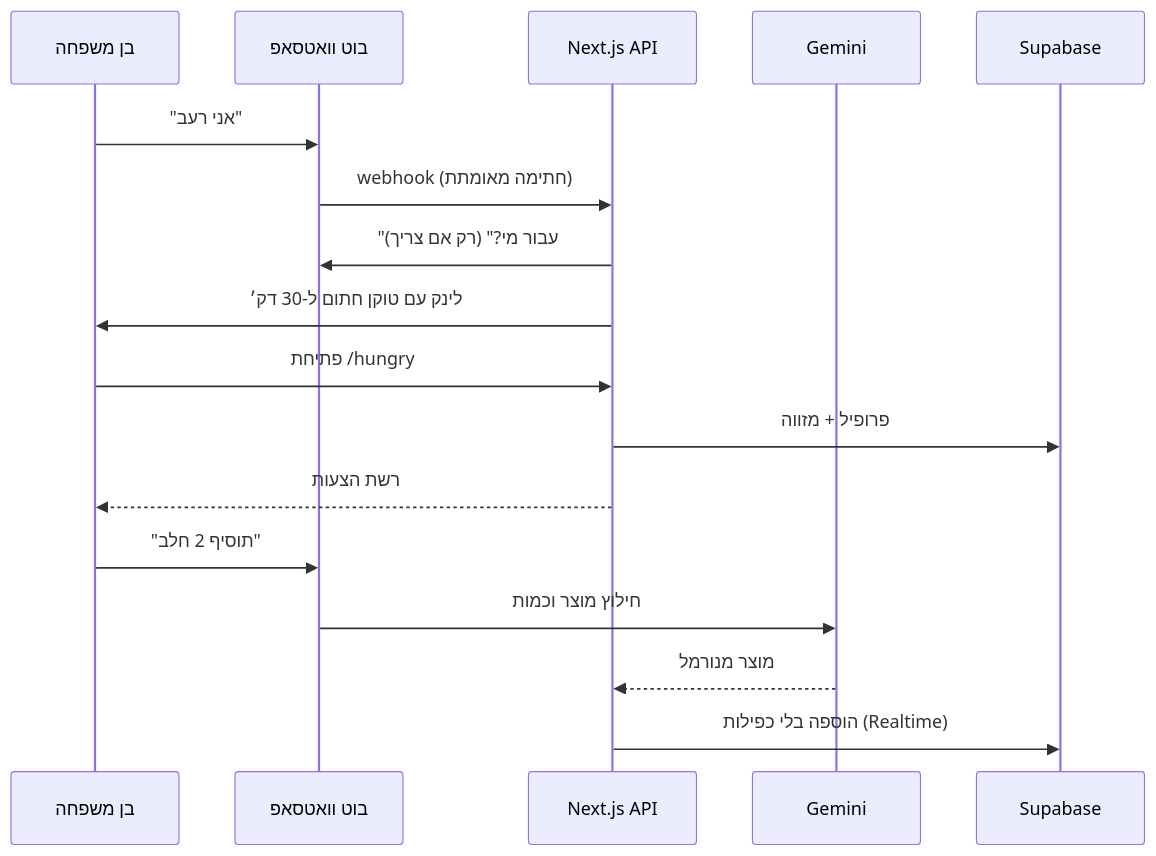
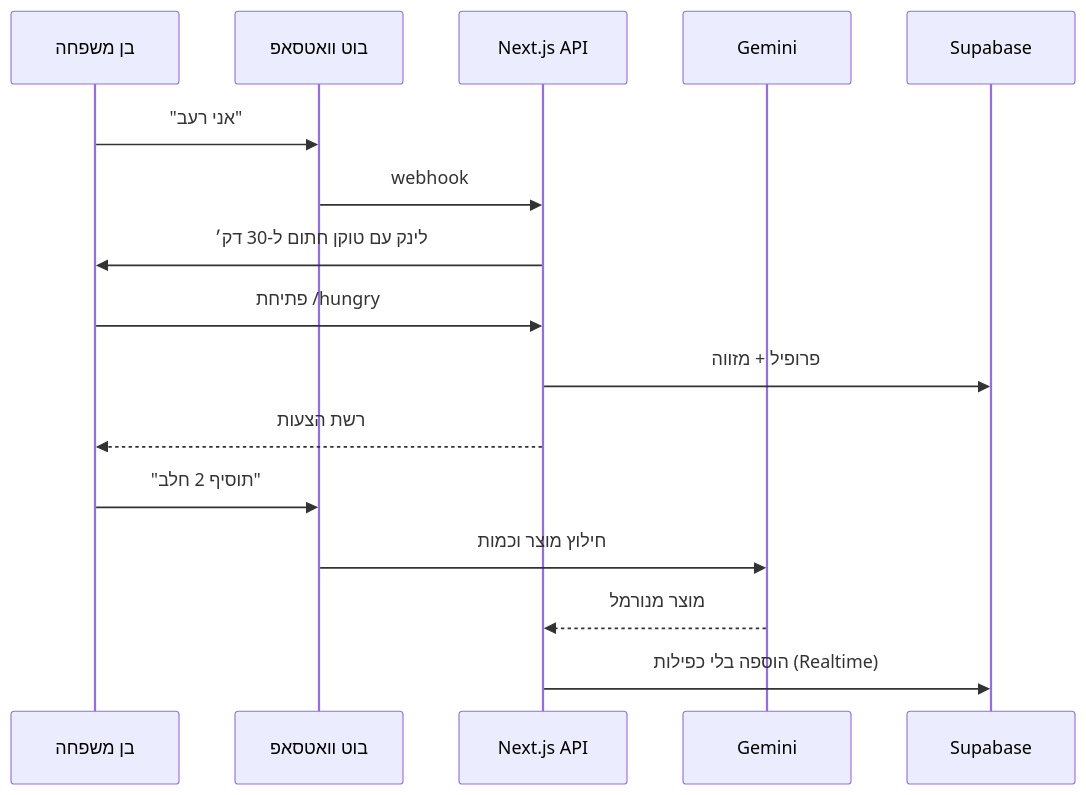
Before and after one commit to danidliod/ai-projects-portfolio: the second of 2 diagrams in projects/06-imhungry.md, drawn with Mermaid. The commit also changed other lines of this file and 20 other files, not shown here.

````diff
--- a/projects/06-imhungry.md
+++ b/projects/06-imhungry.md
@@ -18,19 +58,18 @@
 ```mermaid
 sequenceDiagram
   participant U as בן משפחה
   participant WA as בוט וואטסאפ
   participant API as Next.js API
   participant AI as Gemini
   participant DB as Supabase
   U->>WA: "אני רעב"
-  WA->>API: webhook (חתימה מאומתת)
-  API->>WA: "עבור מי?" (רק אם צריך)
+  WA->>API: webhook
   API->>U: לינק עם טוקן חתום ל-30 דק׳
   U->>API: פתיחת /hungry
   API->>DB: פרופיל + מזווה
   API-->>U: רשת הצעות
   U->>WA: "תוסיף 2 חלב"
   WA->>AI: חילוץ מוצר וכמות
   AI-->>API: מוצר מנורמל
   API->>DB: הוספה בלי כפילות (Realtime)
 ```
````
